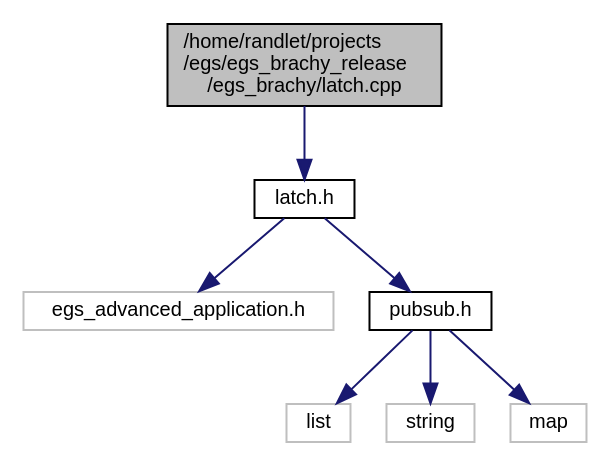
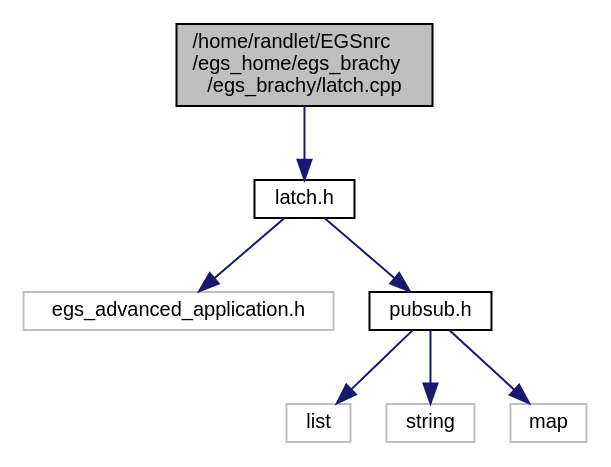
The diagram in docs/latch_8cpp__incl.dot (clrp-code/egs_brachy), drawn with Graphviz before and after one commit. The commit also changed 675 other files, not shown here.

```diff
--- a/docs/latch_8cpp__incl.dot
+++ b/docs/latch_8cpp__incl.dot
@@ -1,18 +1,18 @@
-digraph "/home/randlet/projects/egs/egs_brachy_release/egs_brachy/latch.cpp"
+digraph "/home/randlet/EGSnrc/egs_home/egs_brachy/egs_brachy/latch.cpp"
 {
   edge [fontname="Helvetica",fontsize="10",labelfontname="Helvetica",labelfontsize="10"];
   node [fontname="Helvetica",fontsize="10",shape=record];
-  Node1 [label="/home/randlet/projects\l/egs/egs_brachy_release\l/egs_brachy/latch.cpp",height=0.2,width=0.4,color="black", fillcolor="grey75", style="filled", fontcolor="black"];
+  Node1 [label="/home/randlet/EGSnrc\l/egs_home/egs_brachy\l/egs_brachy/latch.cpp",height=0.2,width=0.4,color="black", fillcolor="grey75", style="filled", fontcolor="black"];
   Node1 -> Node2 [color="midnightblue",fontsize="10",style="solid",fontname="Helvetica"];
   Node2 [label="latch.h",height=0.2,width=0.4,color="black", fillcolor="white", style="filled",URL="$latch_8h.html",tooltip="handle particles latch bits for egs_brachy "];
   Node2 -> Node3 [color="midnightblue",fontsize="10",style="solid",fontname="Helvetica"];
   Node3 [label="egs_advanced_application.h",height=0.2,width=0.4,color="grey75", fillcolor="white", style="filled"];
   Node2 -> Node4 [color="midnightblue",fontsize="10",style="solid",fontname="Helvetica"];
   Node4 [label="pubsub.h",height=0.2,width=0.4,color="black", fillcolor="white", style="filled",URL="$pubsub_8h.html",tooltip="A simple pub/sub module to allow various egs_brachy classes to subscribe to particle events..."];
   Node4 -> Node5 [color="midnightblue",fontsize="10",style="solid",fontname="Helvetica"];
   Node5 [label="list",height=0.2,width=0.4,color="grey75", fillcolor="white", style="filled"];
   Node4 -> Node6 [color="midnightblue",fontsize="10",style="solid",fontname="Helvetica"];
   Node6 [label="string",height=0.2,width=0.4,color="grey75", fillcolor="white", style="filled"];
   Node4 -> Node7 [color="midnightblue",fontsize="10",style="solid",fontname="Helvetica"];
   Node7 [label="map",height=0.2,width=0.4,color="grey75", fillcolor="white", style="filled"];
 }
```
